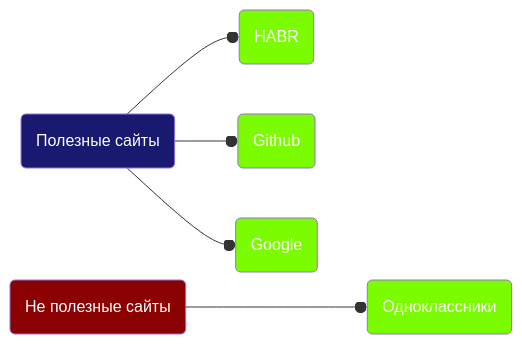
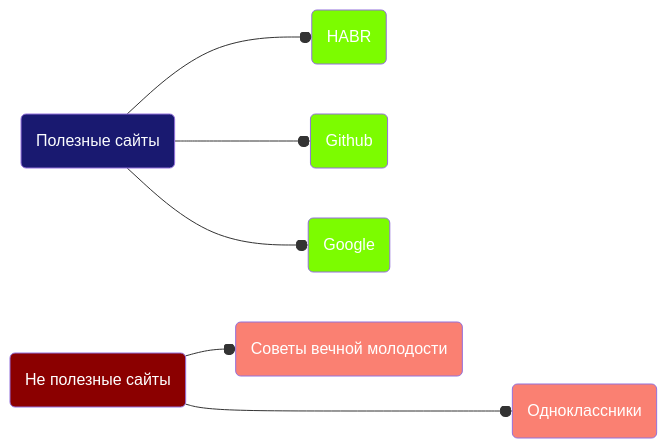
One commit to Kostrov2003/FirstSite changed the diagram in test.md. Above: the diagram before and after it, drawn with Mermaid.

````diff
--- a/test.md
+++ b/test.md
@@ -1,21 +1,24 @@
 ```mermaid 
 graph LR
 classDef class1 fill:#191970, color:#fbfdfe
 classDef class2 fill:#7CFC00,color:#FFFFFF
 classDef class3 fill:#8B0000, color:#FFFFFF
 classDef class4 fill:#FA8072, color:#FFFFFF
 
 A(Полезные сайты<br>):::class1 --o B(HABR<br>):::class2
 click B "https://habr.com/ru/all/" _blank
 
 A --o C(Github<br>):::class2
 click C "https://github.com/" _blank
 
 A --o D(Google<br>):::class2
 click D "https://www.google.com/webhp?hl=ru&sa=X&ved=0ahUKEwisq9KR38n9AhUQposKHUIPAPgQPAgI" _blank
 
-E(Не полезные сайты<br>):::class3 ---o F(Одноклассники<br>):::class2
+E(Не полезные сайты<br>):::class3 ---o F(Одноклассники<br>):::class4
 click F "https://ok.ru/"
+
+E --o G(Советы вечной молодости<br>):::class4
+click G "https://www.chita.ru/text/style/2022/07/02/71455076/"
 
 
 ```
````
